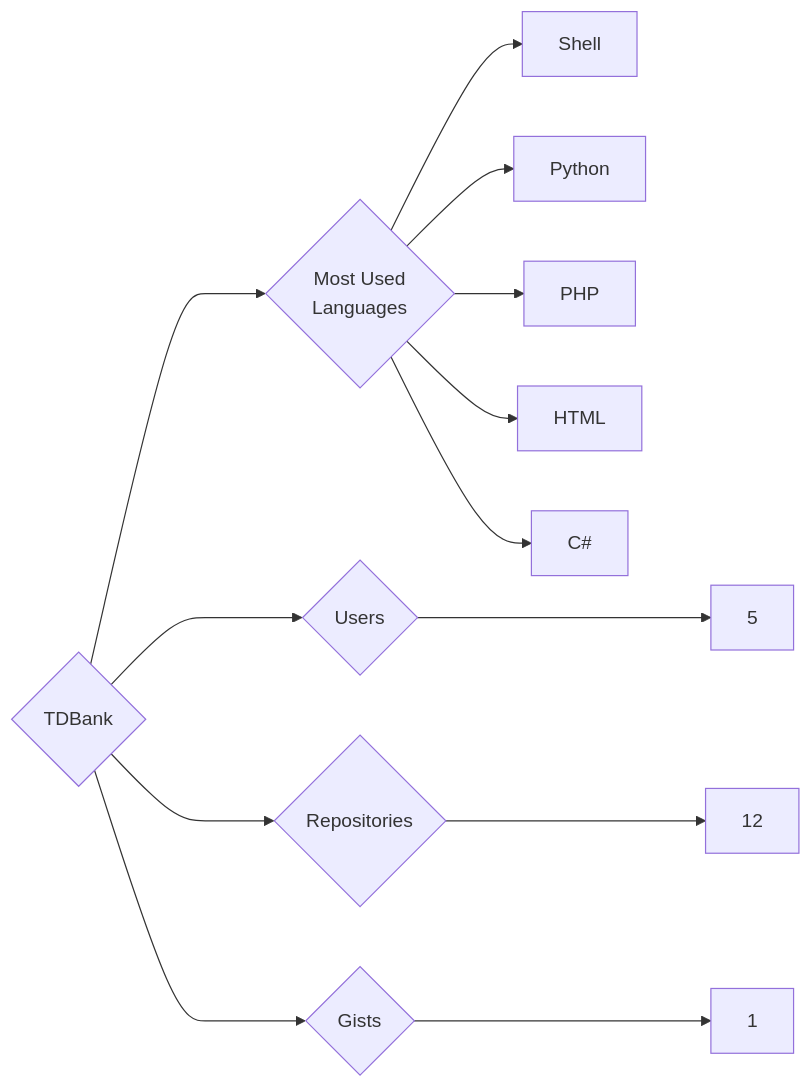
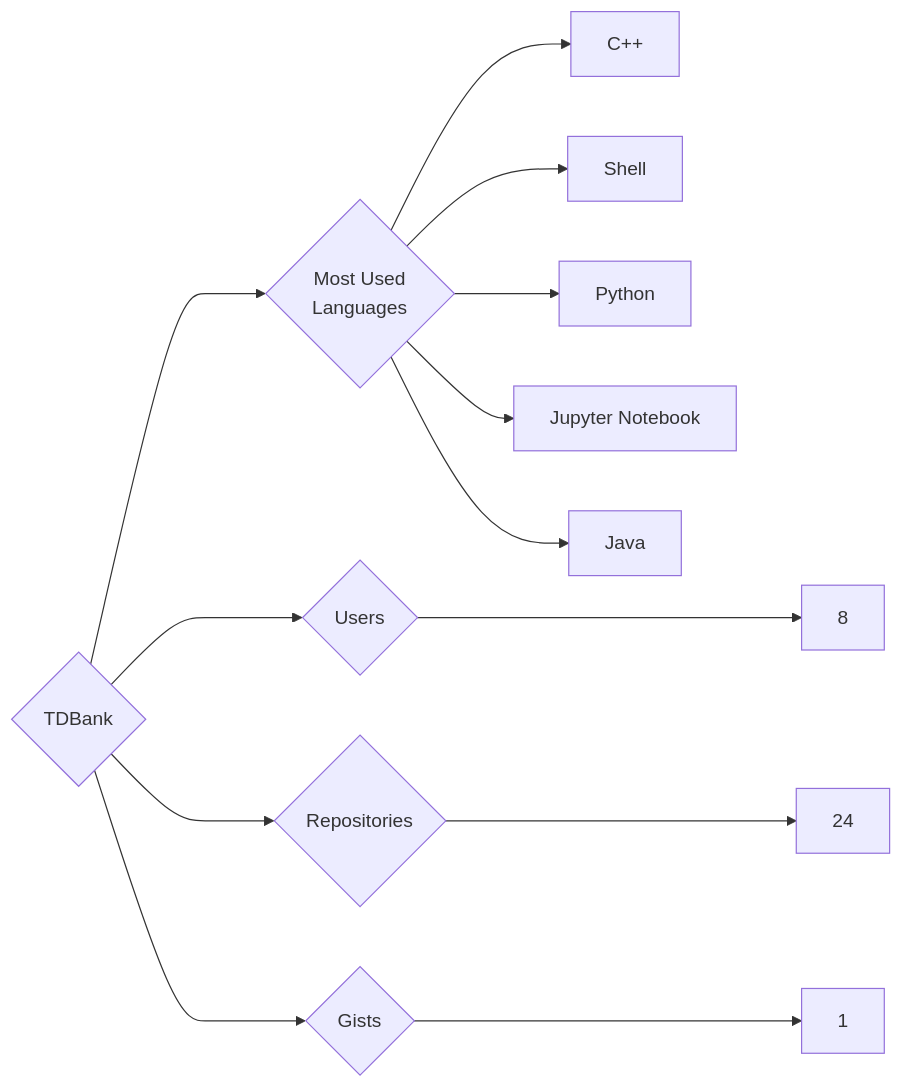
The diagram in targets/TDBank/README.md (trickest/insiders), drawn with Mermaid before and after one commit. The commit also changed 1508 other files, not shown here.

````diff
--- a/targets/TDBank/README.md
+++ b/targets/TDBank/README.md
@@ -3,13 +3,13 @@
 ```mermaid
 graph LR
 COMPANY_NAME{TDBank}
-COMPANY_NAME ---> U{Users} ---> UN[5]
-COMPANY_NAME ---> R{Repositories} ---> RN[12]
+COMPANY_NAME ---> U{Users} ---> UN[8]
+COMPANY_NAME ---> R{Repositories} ---> RN[24]
 COMPANY_NAME ---> G{Gists} ---> GN[1]
 COMPANY_NAME ---> ML{Most Used<br>Languages}
+ML --> C++[C++]
 ML --> Shell[Shell]
 ML --> Python[Python]
-ML --> PHP[PHP]
-ML --> HTML[HTML]
-ML --> C#[C#]
+ML --> Jupyter_Notebook[Jupyter Notebook]
+ML --> Java[Java]
 ```
````
